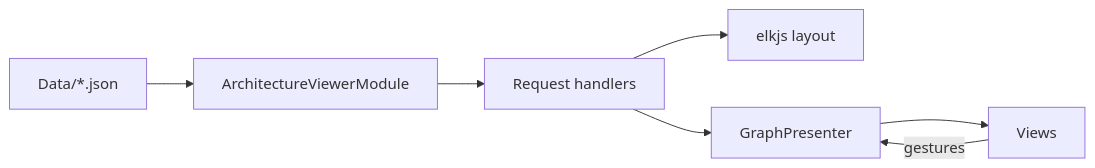
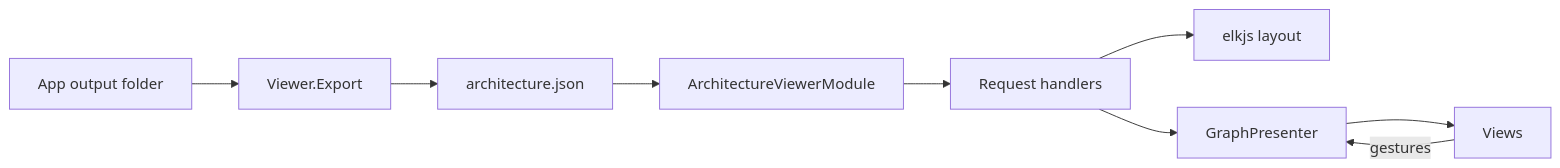
The diagram in docs/viewer.md (MgCohen/vsa-template), drawn with Mermaid before and after one commit. The commit also changed other lines of this file, not shown here.

Commit message:
Document the viewer export and its decisions

````diff
--- a/docs/viewer.md
+++ b/docs/viewer.md
@@ -28,9 +29,11 @@
 ```mermaid
 flowchart LR
-    D[Data/*.json] --> M[ArchitectureViewerModule]
+    A[App output folder] --> X[Viewer.Export]
+    X --> D[architecture.json]
+    D --> M[ArchitectureViewerModule]
     M --> H[Request handlers]
     H --> E[elkjs layout]
     H --> P[GraphPresenter]
     P --> V[Views]
     V -->|gestures| P
 ```
````
